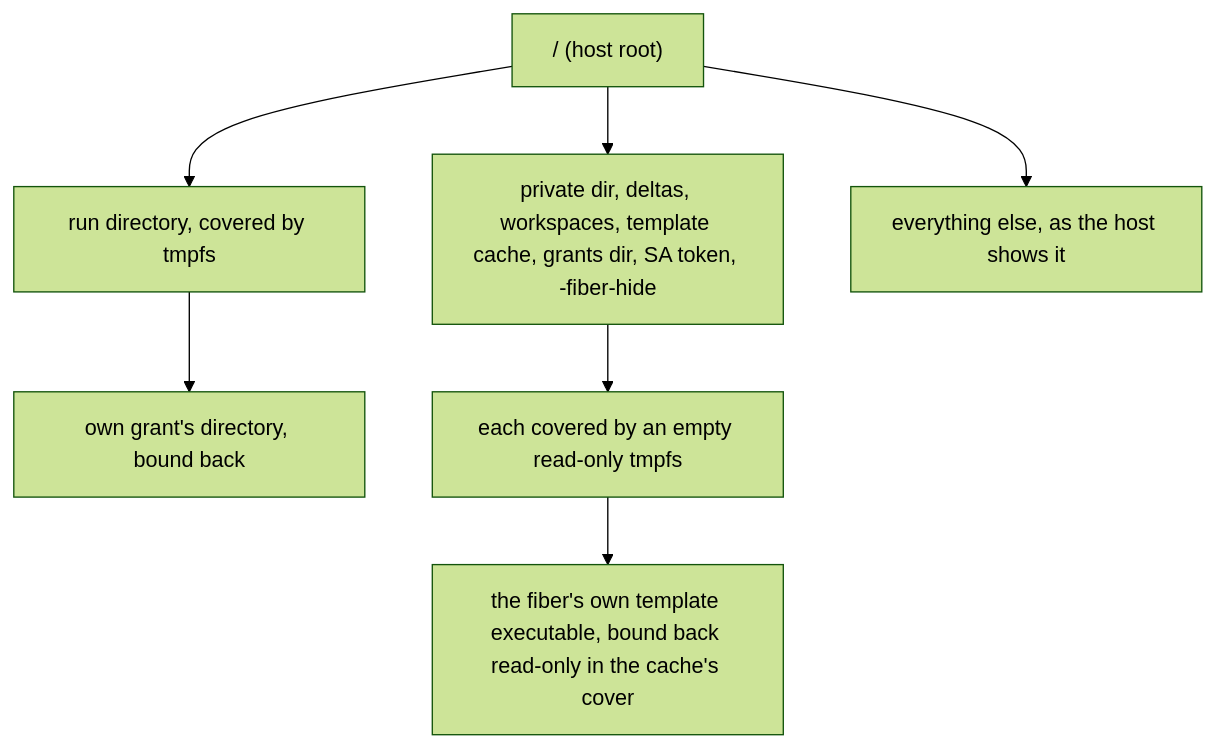
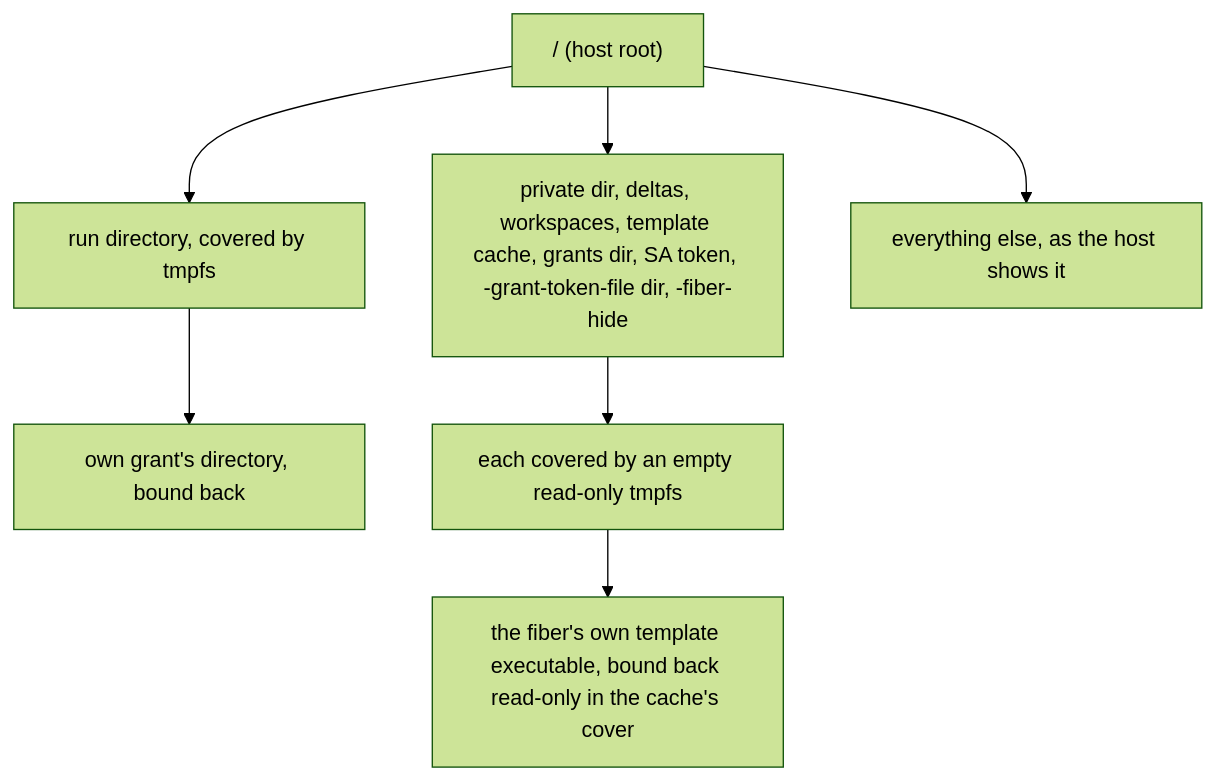
The second of 2 diagrams in docs/design/runtime-host.md (helayoty/fiberd), drawn with Mermaid (forest theme) before and after one commit. The commit also changed other lines of this file and 20 other files, not shown here.

````diff
--- a/docs/design/runtime-host.md
+++ b/docs/design/runtime-host.md
@@ -43,9 +43,9 @@
 ```mermaid
 flowchart TB
   root["/ (host root)"] --> run["run directory, covered by tmpfs"]
   run --> own["own grant's directory, bound back"]
-  root --> hid["private dir, deltas, workspaces, template cache, grants dir, SA token, -fiber-hide"]
+  root --> hid["private dir, deltas, workspaces, template cache, grants dir, SA token, -grant-token-file dir, -fiber-hide"]
   hid --> tmp["each covered by an empty read-only tmpfs"]
   tmp --> exe["the fiber's own template executable, bound back read-only in the cache's cover"]
   root --> rest["everything else, as the host shows it"]
 ```
````
